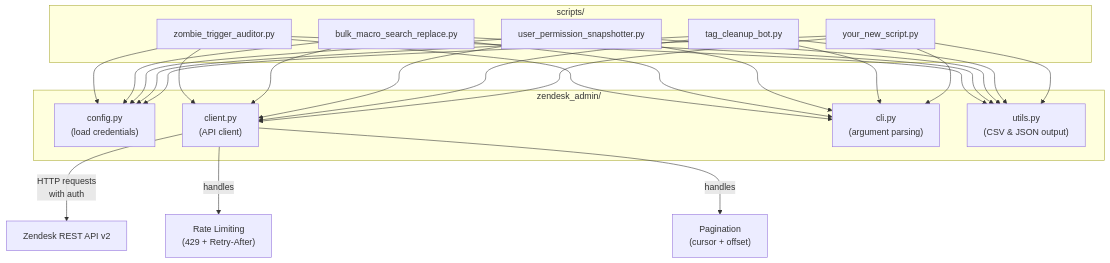
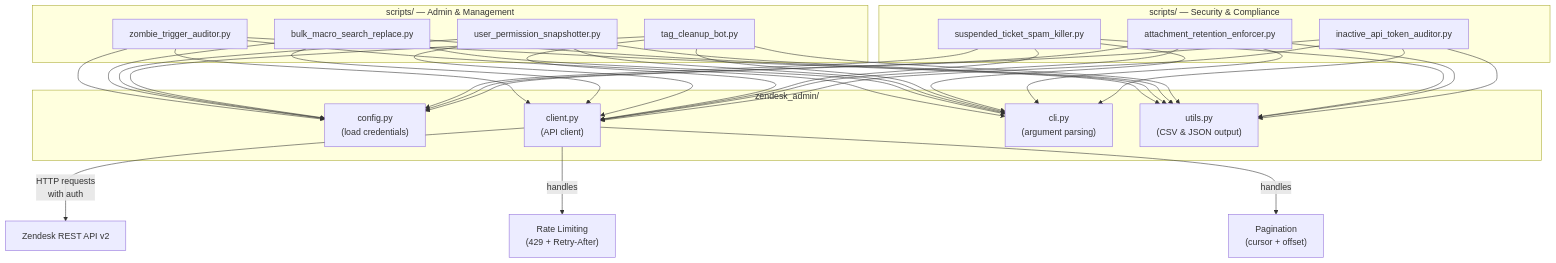
One commit to mohdasim/Zendesk-Admin-Management-Scripts changed the first of 9 diagrams in README.md. Above: the diagram before and after it, drawn with Mermaid. The commit also changed other lines of this file and 4 other files, not shown here.

First line of the commit message:
Add security & compliance scripts for Zendesk administration

````diff
--- a/README.md
+++ b/README.md
@@ -20,23 +30,29 @@
 ```mermaid
 graph TD
-    subgraph "scripts/"
+    subgraph "scripts/ — Admin & Management"
         A[zombie_trigger_auditor.py]
         B[bulk_macro_search_replace.py]
         C[user_permission_snapshotter.py]
         D[tag_cleanup_bot.py]
-        E[your_new_script.py]
+    end
+
+    subgraph "scripts/ — Security & Compliance"
+        S1[suspended_ticket_spam_killer.py]
+        S2[attachment_retention_enforcer.py]
+        S3[inactive_api_token_auditor.py]
     end
 
     subgraph "zendesk_admin/"
         F["config.py<br/>(load credentials)"]
         G["client.py<br/>(API client)"]
         H["cli.py<br/>(argument parsing)"]
         I["utils.py<br/>(CSV & JSON output)"]
     end
 
-    A & B & C & D & E --> F & G & H & I
+    A & B & C & D --> F & G & H & I
+    S1 & S2 & S3 --> F & G & H & I
 
     G -->|"HTTP requests<br/>with auth"| J[Zendesk REST API v2]
     G -->|"handles"| K["Rate Limiting<br/>(429 + Retry-After)"]
     G -->|"handles"| L["Pagination<br/>(cursor + offset)"]
 ```
````
